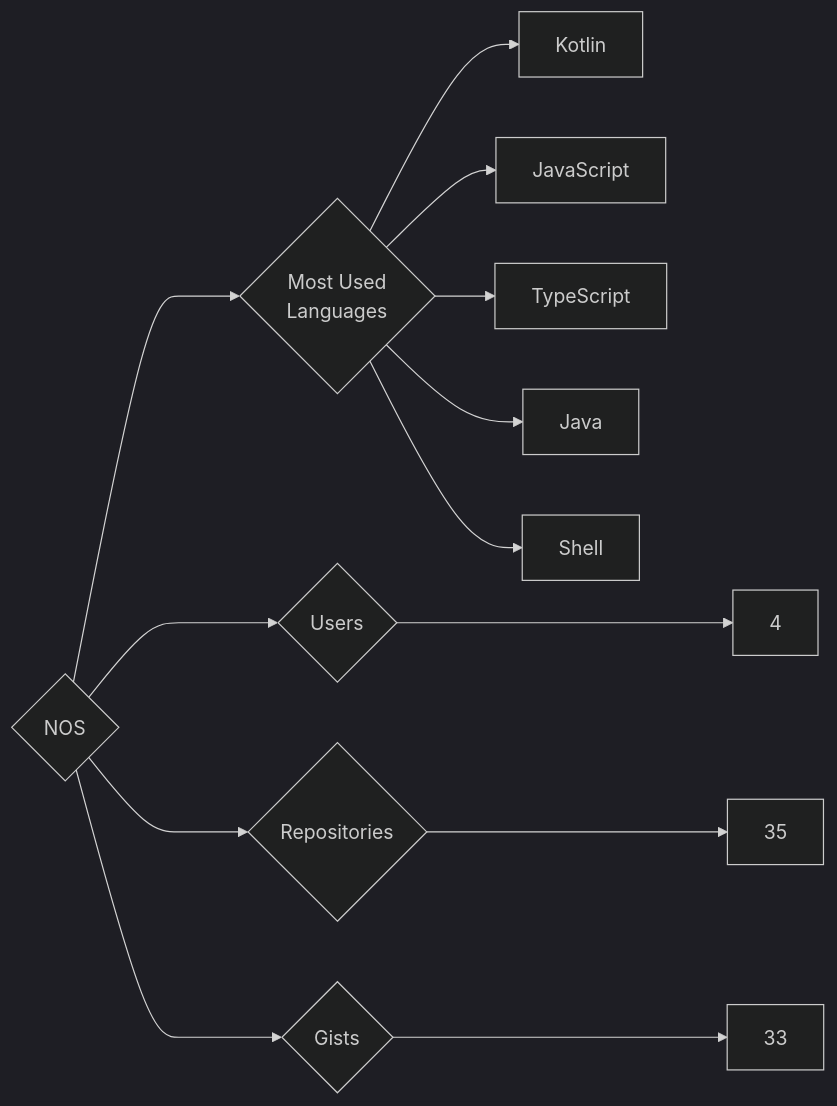
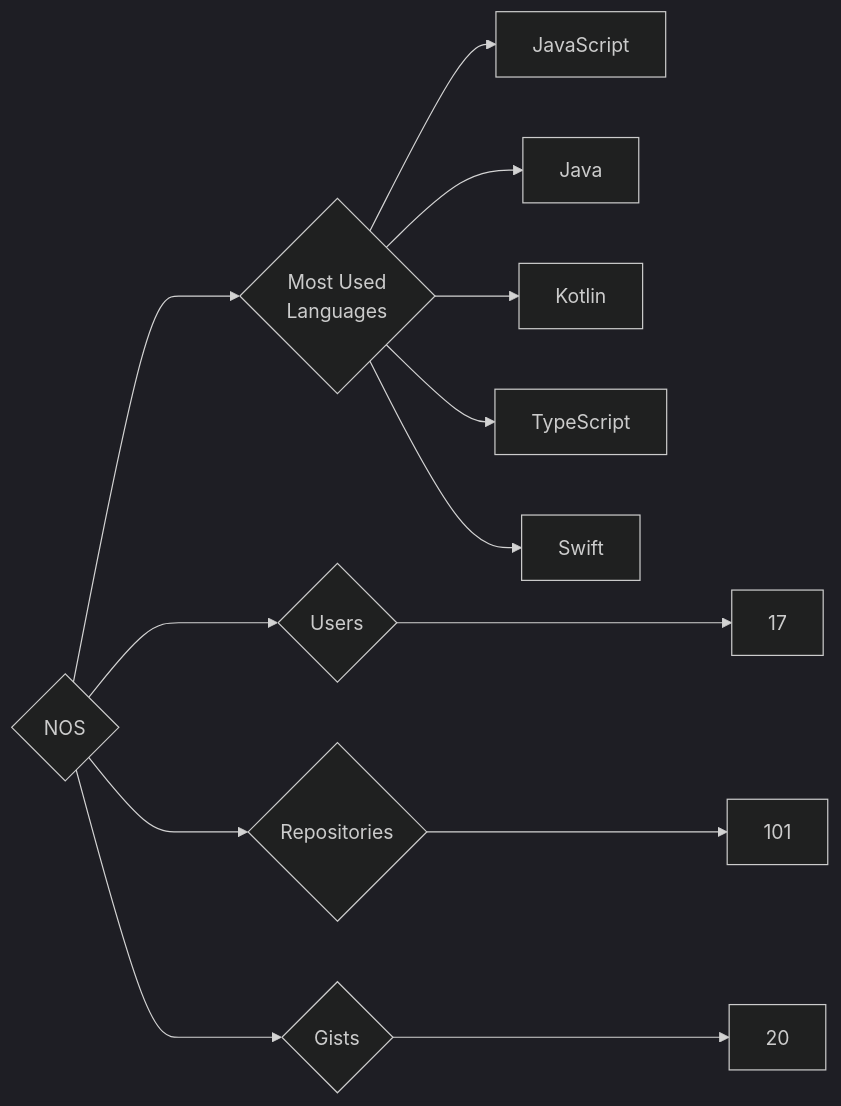
One commit to trickest/insiders changed the diagram in targets/NOS/README.md. Above: the diagram before and after it, drawn with Mermaid (dark theme). The commit also changed 677 other files, not shown here.

````diff
--- a/targets/NOS/README.md
+++ b/targets/NOS/README.md
@@ -3,13 +3,13 @@
 ```mermaid
 graph LR
 COMPANY_NAME{NOS}
-COMPANY_NAME ---> U{Users} ---> UN[4]
-COMPANY_NAME ---> R{Repositories} ---> RN[35]
-COMPANY_NAME ---> G{Gists} ---> GN[33]
+COMPANY_NAME ---> U{Users} ---> UN[17]
+COMPANY_NAME ---> R{Repositories} ---> RN[101]
+COMPANY_NAME ---> G{Gists} ---> GN[20]
 COMPANY_NAME ---> ML{Most Used<br>Languages}
+ML --> JavaScript[JavaScript]
+ML --> Java[Java]
 ML --> Kotlin[Kotlin]
-ML --> JavaScript[JavaScript]
 ML --> TypeScript[TypeScript]
-ML --> Java[Java]
-ML --> Shell[Shell]
+ML --> Swift[Swift]
 ```
````
